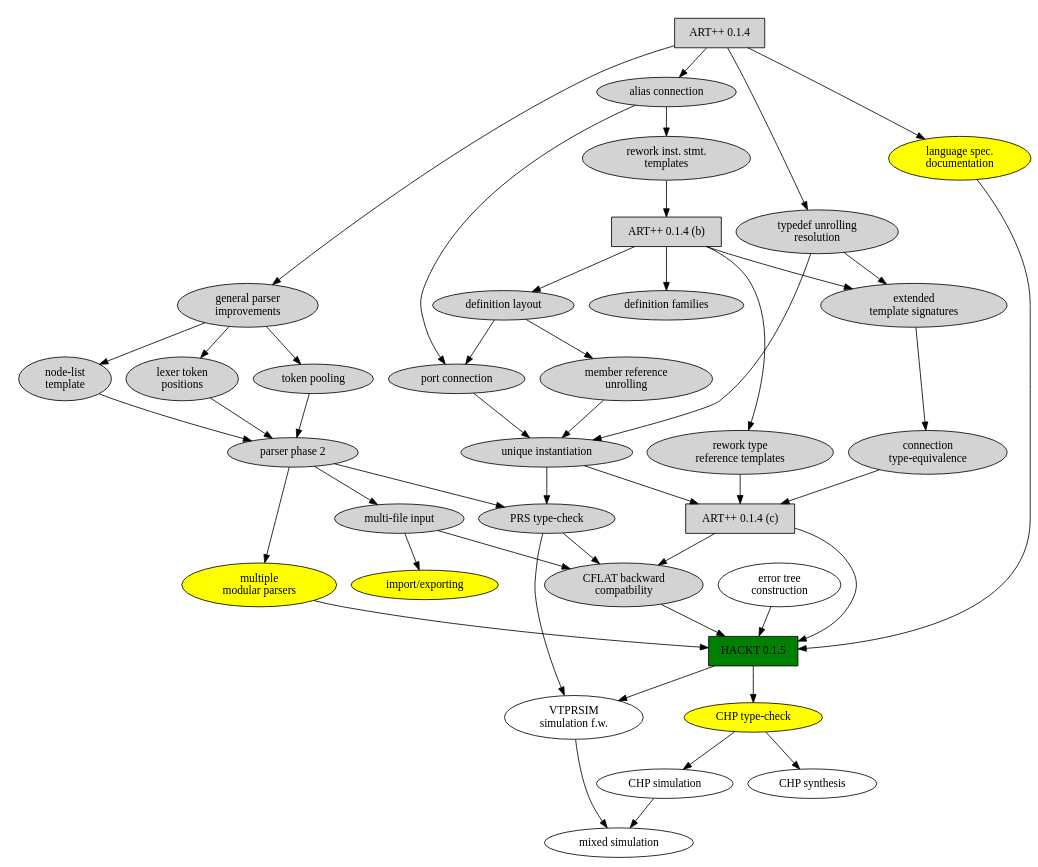
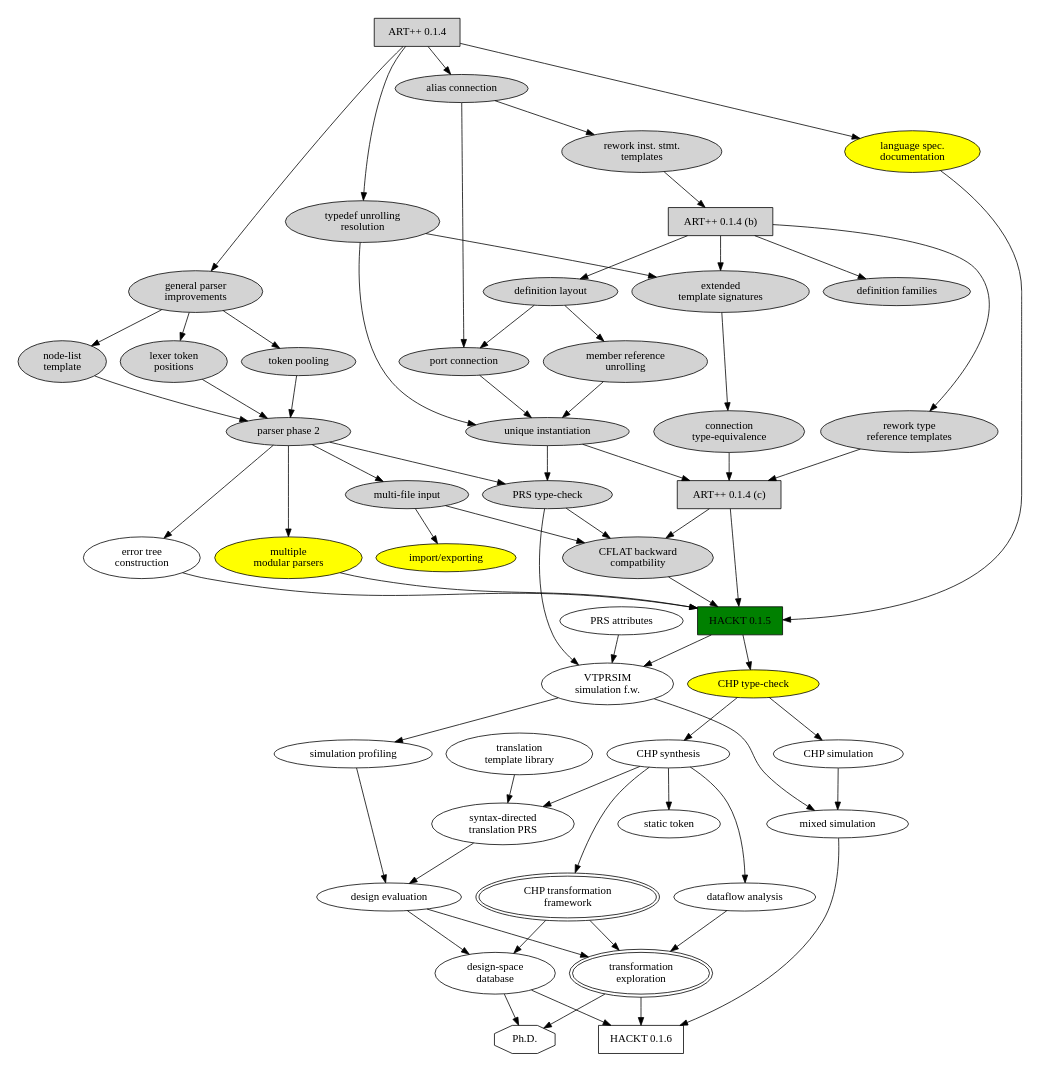
Before and after one commit to fangism/hackt: the diagram in DevelopmentPlan.dot, drawn with Graphviz. The commit also changed 2 other files, not shown here.

```diff
--- a/DevelopmentPlan.dot
+++ b/DevelopmentPlan.dot
@@ -1,109 +1,146 @@
 # "DevelopmentPlan.dot"
-#	$Id: DevelopmentPlan.dot,v 1.8 2005/12/07 22:36:36 fang Exp $
+#	$Id: DevelopmentPlan.dot,v 1.9 2005/12/10 03:55:37 fang Exp $
 
 digraph G {
 size="7,10";
 
 ARTXX_00_01_04		[shape=box, style=filled, label="ART++ 0.1.4"];
 ARTXX_00_01_04_b	[shape=box, style=filled, 
 				label="ART++ 0.1.4 (b)"];
 ARTXX_00_01_04_c	[shape=box, style=filled, label="ART++ 0.1.4 (c)"];
 HACKT_00_01_05		[shape=box, style=filled, fillcolor=green,
 				label="HACKT 0.1.5"];
+HACKT_00_01_06		[label="HACKT 0.1.6", shape=box];
+GRADUATION		[label="Ph.D.", shape=octagon];
 
 DOCS_00_01_04		[shape=ellipse, style=filled, fillcolor=yellow, 
 				label="language spec.\ndocumentation"];
 PARSER_00_01_04		[shape=ellipse, style=filled, 
 				label="general parser\nimprovements"];
 LEX_00_01_04		[shape=ellipse, style=filled,
 				label="lexer token\npositions"];
 TOKENPOOL_00_01_04	[shape=ellipse, style=filled, label="token pooling"];
 NODELIST_00_01_04	[shape=ellipse, style=filled, 
 				label="node-list\ntemplate"];
 PARSER_B_00_01_04	[shape=ellipse, style=filled,
 				label="parser phase 2"];
 MULTIFILE_00_01_04	[shape=ellipse, style=filled, label="multi-file input"];
 IMPORT_00_01_05		[shape=ellipse, style=filled, fillcolor=yellow,
 				label="import/exporting"];
 UNIQUE_00_01_04		[shape=ellipse, style=filled, 
 				label="unique instantiation"];
 ALIAS_00_01_04		[shape=ellipse, style=filled, label="alias connection"];
 PORT_00_01_04		[shape=ellipse, style=filled, label="port connection"];
 MEMBER_00_01_04		[shape=ellipse, style=filled, label="member reference\nunrolling"];
 TYPEDEF_00_01_04	[shape=ellipse, style=filled, label="typedef unrolling\nresolution"];
 DEFFAMILY_00_01_04	[shape=ellipse, style=filled, 
 				label="definition families"];
 DEFLAYOUT_00_01_04	[shape=ellipse, style=filled,
 				label="definition layout"];
 INSTSTMT_00_01_04	[shape=ellipse, style=filled, 
 				label="rework inst. stmt.\ntemplates"];
 TYPEREF_00_01_04	[shape=ellipse, style=filled, 
 				label="rework type\nreference templates"];
 EXTTEMPLATE_00_01_04	[shape=ellipse, style=filled, label="extended\ntemplate signatures"];
 CONNECTEQ_00_01_04	[shape=ellipse, style=filled, 
 				label="connection\ntype-equivalence"];
 CFLAT_00_01_04		[shape=ellipse, style=filled, 
 				label="CFLAT backward\ncompatbility"];
 PRS_00_01_04		[shape=ellipse, style=filled, label="PRS type-check"];
 ERRORTREE_00_01_04	[shape=ellipse, label="error tree\nconstruction"];
 MULTIPARSE_00_01_04	[shape=ellipse, style=filled, fillcolor=yellow, 
 				label="multiple\nmodular parsers"];
 
 ARTXX_00_01_04 -> DOCS_00_01_04;
 ARTXX_00_01_04 -> PARSER_00_01_04;
 ARTXX_00_01_04 -> ALIAS_00_01_04;
 PARSER_00_01_04 -> LEX_00_01_04;
 PARSER_00_01_04 -> TOKENPOOL_00_01_04;
 PARSER_00_01_04 -> NODELIST_00_01_04;
 LEX_00_01_04 -> PARSER_B_00_01_04;
 TOKENPOOL_00_01_04 -> PARSER_B_00_01_04;
 NODELIST_00_01_04 -> PARSER_B_00_01_04;
 ALIAS_00_01_04 -> PORT_00_01_04;
 PORT_00_01_04 -> UNIQUE_00_01_04;
 MEMBER_00_01_04 -> UNIQUE_00_01_04;
 UNIQUE_00_01_04 -> ARTXX_00_01_04_c;
 ARTXX_00_01_04_b -> DEFLAYOUT_00_01_04;
 ARTXX_00_01_04_b -> DEFFAMILY_00_01_04;
 EXTTEMPLATE_00_01_04 -> CONNECTEQ_00_01_04;
 ARTXX_00_01_04 -> TYPEDEF_00_01_04;
 DEFLAYOUT_00_01_04 -> MEMBER_00_01_04;
 DEFLAYOUT_00_01_04 -> PORT_00_01_04;
 ALIAS_00_01_04 -> INSTSTMT_00_01_04;
 INSTSTMT_00_01_04 -> ARTXX_00_01_04_b;
 ARTXX_00_01_04_b -> EXTTEMPLATE_00_01_04;
 ARTXX_00_01_04_b -> TYPEREF_00_01_04;
 TYPEREF_00_01_04 -> ARTXX_00_01_04_c;
 TYPEDEF_00_01_04 -> UNIQUE_00_01_04;
 TYPEDEF_00_01_04 -> EXTTEMPLATE_00_01_04;
 PARSER_B_00_01_04 -> PRS_00_01_04;
 PARSER_B_00_01_04 -> MULTIFILE_00_01_04;
 MULTIFILE_00_01_04 -> IMPORT_00_01_05;
 UNIQUE_00_01_04 -> PRS_00_01_04;
 
 ARTXX_00_01_04_c -> HACKT_00_01_05;
 PRS_00_01_04 -> CFLAT_00_01_04;
 ARTXX_00_01_04_c -> CFLAT_00_01_04;
 MULTIFILE_00_01_04 -> CFLAT_00_01_04;
 CONNECTEQ_00_01_04 -> ARTXX_00_01_04_c;
 DOCS_00_01_04 -> HACKT_00_01_05;
+PARSER_B_00_01_04 -> ERRORTREE_00_01_04;
 ERRORTREE_00_01_04 -> HACKT_00_01_05;
 PARSER_B_00_01_04 -> MULTIPARSE_00_01_04;
 MULTIPARSE_00_01_04 -> HACKT_00_01_05;
 CFLAT_00_01_04 -> HACKT_00_01_05;
 
 CHP_00_01_05		[shape=ellipse, style=filled, fillcolor=yellow, 
 				label="CHP type-check"];
 CHPSYNTH_00_01_05	[shape=ellipse, label="CHP synthesis"];
 CHPSIM_00_01_05		[shape=ellipse, label="CHP simulation"];
 VTPRSIM_00_01_05	[shape=ellipse, label="VTPRSIM\nsimulation f.w."];
 MIXSIM_00_01_05		[shape=ellipse, label="mixed simulation"];
 
+PRS_ATTR		[label="PRS attributes", shape=ellipse];
+CHP_ST			[label="static token", shape=ellipse];
+CHP_DFA			[label="dataflow analysis", shape=ellipse];
+XLAT_LIB		[label="translation\ntemplate library", shape=ellipse];
+CHP_SDT			[label="syntax-directed\ntranslation PRS", 
+				shape=ellipse];
+SIMPROF			[label="simulation profiling", shape=ellipse];
+CHPXFORM		[label="CHP transformation\nframework",
+				shape=ellipse, peripheries=2];
+PERF_EVAL		[label="design evaluation", shape=ellipse];
+XFORM_XPLORE		[label="transformation\nexploration", shape=ellipse,
+				peripheries=2]
+DSPACE_DB		[label="design-space\ndatabase", shape=ellipse];
+
 HACKT_00_01_05 -> CHP_00_01_05;
 CHP_00_01_05 -> CHPSYNTH_00_01_05;
 CHP_00_01_05 -> CHPSIM_00_01_05;
 PRS_00_01_04 -> VTPRSIM_00_01_05;
 HACKT_00_01_05 -> VTPRSIM_00_01_05;
 VTPRSIM_00_01_05 -> MIXSIM_00_01_05;
+VTPRSIM_00_01_05 -> SIMPROF;
 CHPSIM_00_01_05 -> MIXSIM_00_01_05;
+PRS_ATTR -> VTPRSIM_00_01_05;
+CHPSYNTH_00_01_05 -> CHP_ST;
+CHPSYNTH_00_01_05 -> CHP_DFA;
+CHPSYNTH_00_01_05 -> CHP_SDT;
+CHPSYNTH_00_01_05 -> CHPXFORM;
+SIMPROF -> PERF_EVAL;
+XLAT_LIB -> CHP_SDT;
+CHP_SDT -> PERF_EVAL;
+PERF_EVAL -> XFORM_XPLORE;
+CHP_DFA -> XFORM_XPLORE;
+CHPXFORM -> XFORM_XPLORE;
+MIXSIM_00_01_05 -> HACKT_00_01_06;
+XFORM_XPLORE -> HACKT_00_01_06;
+PERF_EVAL -> DSPACE_DB;
+CHPXFORM -> DSPACE_DB;
+DSPACE_DB -> HACKT_00_01_06;
+XFORM_XPLORE -> GRADUATION;
+DSPACE_DB -> GRADUATION;
+
 
 }
```
